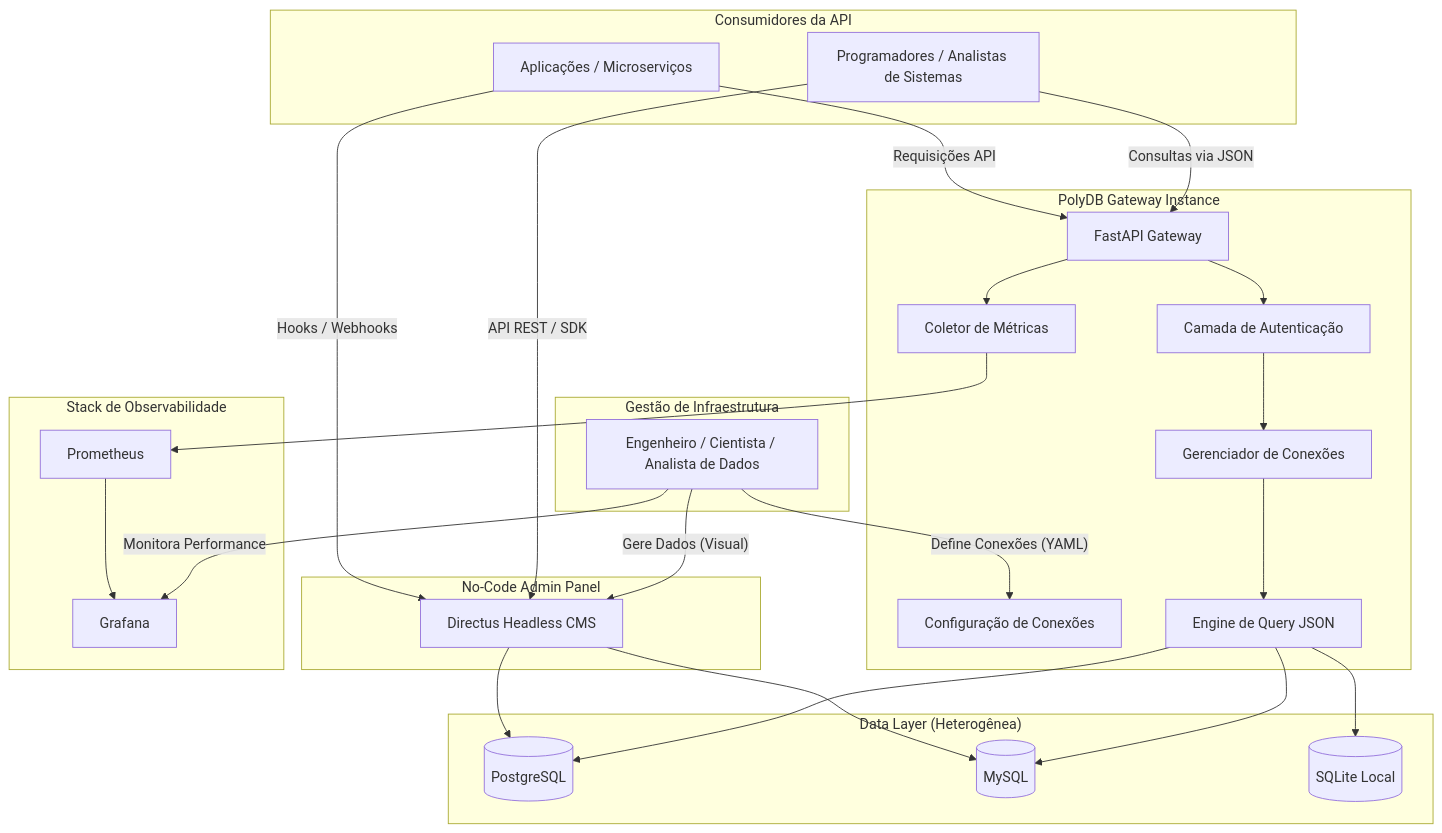
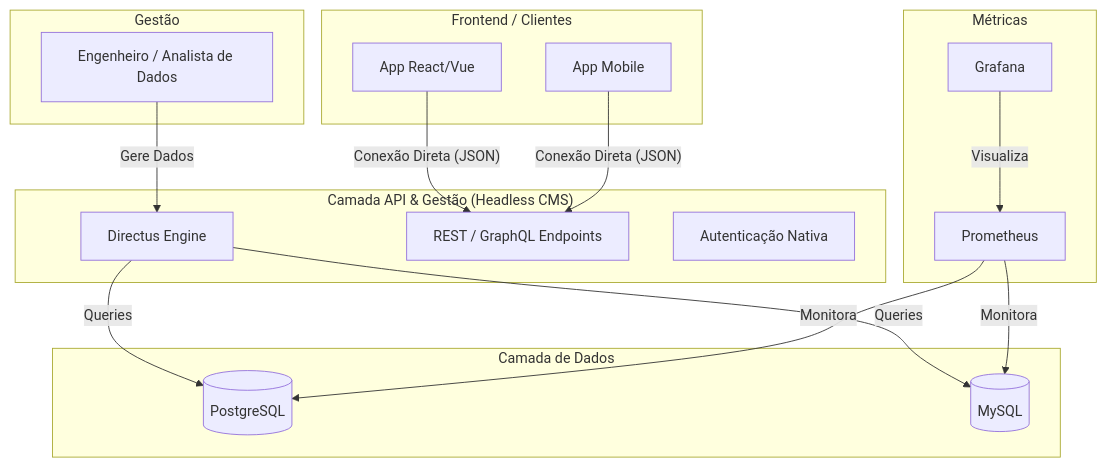
Before and after one commit to Rilen/PolyDB-Gateway: the diagram in README.md, drawn with Mermaid. The commit also changed other lines of this file and 17 other files, not shown here.

Commit message:
feat: Remoção de FastAPI

````diff
--- a/README.md
+++ b/README.md
@@ -55,63 +29,39 @@
 ```mermaid
 flowchart TD
-    subgraph Admins ["Gestão de Infraestrutura"]
-        DataRole[Engenheiro / Cientista / Analista de Dados]
+    subgraph Admins ["Gestão"]
+        DataRole[Engenheiro / Analista de Dados]
     end
 
-    subgraph Consumers ["Consumidores da API"]
-        Devs[Programadores / Analistas de Sistemas]
-        Apps[Aplicações / Microserviços]
+    subgraph Consumers ["Frontend / Clientes"]
+        Web[App React/Vue]
+        Mobile[App Mobile]
     end
 
-    subgraph Gateway ["PolyDB Gateway Instance"]
-        API[FastAPI Gateway]
-        Config[Configuração de Conexões]
-        Auth[Camada de Autenticação]
-        ConnMgr[Gerenciador de Conexões]
-        Engine[Engine de Query JSON]
-        Metrics[Coletor de Métricas]
+    subgraph Backend ["Camada API & Gestão (Headless CMS)"]
+        CMS[Directus Engine]
+        API[REST / GraphQL Endpoints]
+        Auth[Autenticação Nativa]
     end
 
-    subgraph AdminLayer ["No-Code Admin Panel"]
-        CMS[Directus Headless CMS]
+    subgraph Data ["Camada de Dados"]
+        PG[(PostgreSQL)]
+        MY[(MySQL)]
     end
 
-    subgraph Data ["Data Layer (Heterogênea)"]
-        PG[(PostgreSQL)]
-        MY[(MySQL)]
-        SQ[(SQLite Local)]
-    end
-
-    subgraph Observability ["Stack de Observabilidade"]
+    subgraph Observability ["Métricas"]
         PR[Prometheus]
         GR[Grafana]
     end
 
-    %% Fluxo de Gestão de Dados
-    DataRole -- "Define Conexões (YAML)" --> Config
-    DataRole -- "Monitora Performance" --> GR
-    DataRole -- "Gere Dados (Visual)" --> CMS
-
-    %% Fluxo de Consumo
-    Devs -- "Consultas via JSON" --> API
-    Devs -- "API REST / SDK" --> CMS
-    Apps -- "Requisições API" --> API
-    Apps -- "Hooks / Webhooks" --> CMS
+    %% Fluxos
+    DataRole -- "Gere Dados" --> CMS
+    Web -- "Conexão Direta (JSON)" --> API
+    Mobile -- "Conexão Direta (JSON)" --> API
     
-    %% Processamento Interno
-    API --> Auth
-    Auth --> ConnMgr
-    ConnMgr --> Engine
-    Engine --> PG
-    Engine --> MY
-    Engine --> SQ
-
-    %% CMS Integration
-    CMS --> PG
-    CMS --> MY
+    CMS -- "Queries" --> PG
+    CMS -- "Queries" --> MY
     
-    %% Fluxo de Métricas
-    API --> Metrics
-    Metrics --> PR
-    PR --> GR
+    PR -- "Monitora" --> PG
+    PR -- "Monitora" --> MY
+    GR -- "Visualiza" --> PR
 ```
````
